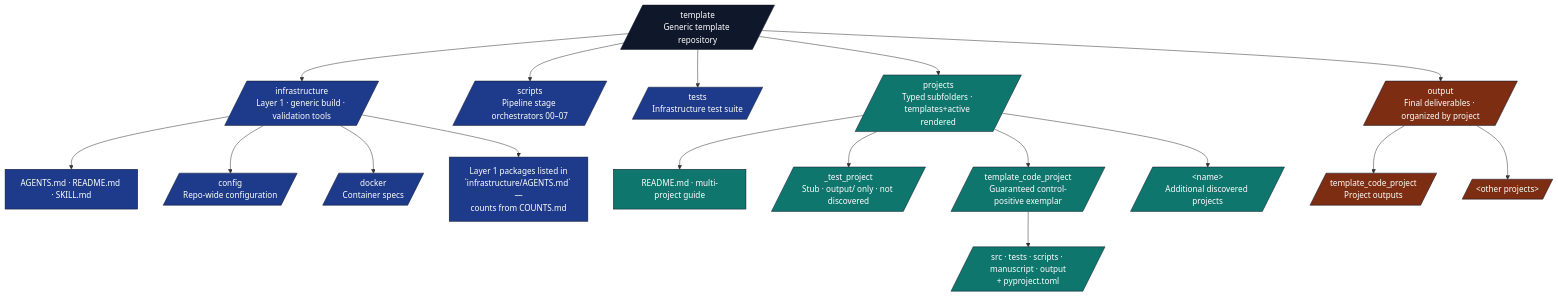
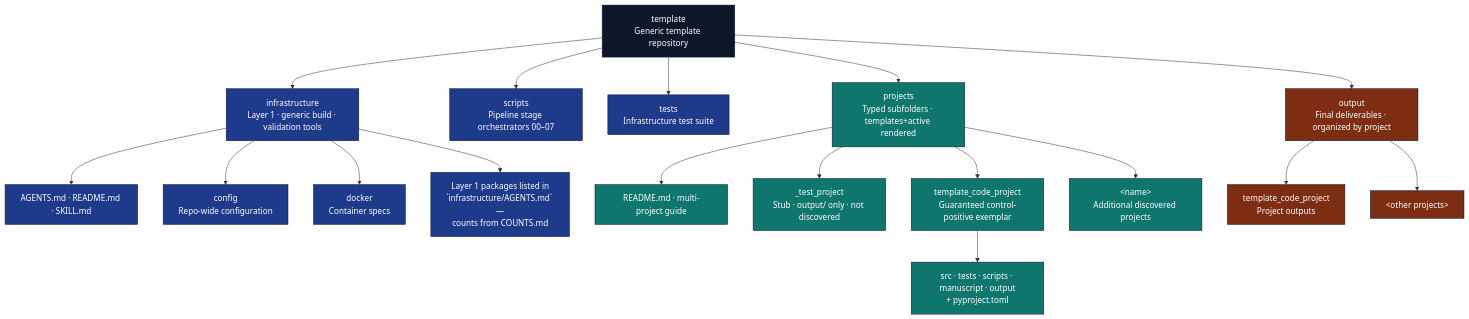
One commit to docxology/template changed the first of 4 diagrams in AGENTS.md. Above: the diagram before and after it, drawn with Mermaid. The commit also changed other lines of this file and 94 other files, not shown here.

First line of the commit message:
refactor(infra): close out thermo-nuclear audit waves F–O

````diff
--- a/AGENTS.md
+++ b/AGENTS.md
@@ -214,34 +214,34 @@
 ```mermaid
 flowchart TB
-    ROOT[/template<br/>Generic template repository/]
+    ROOT[template<br/>Generic template repository]
 
-    ROOT --> INFRA[/infrastructure<br/>Layer 1 · generic build · validation tools/]
-    ROOT --> SCRIPTS[/scripts<br/>Pipeline stage orchestrators 00–07/]
-    ROOT --> TESTS[/tests<br/>Infrastructure test suite/]
-    ROOT --> PROJECTS[/projects<br/>Typed subfolders · templates+active rendered/]
-    ROOT --> OUT[/output<br/>Final deliverables · organized by project/]
+    ROOT --> INFRA[infrastructure<br/>Layer 1 · generic build · validation tools]
+    ROOT --> SCRIPTS[scripts<br/>Pipeline stage orchestrators 00–07]
+    ROOT --> TESTS[tests<br/>Infrastructure test suite]
+    ROOT --> PROJECTS[projects<br/>Typed subfolders · templates+active rendered]
+    ROOT --> OUT[output<br/>Final deliverables · organized by project]
 
     INFRA --> I_DOCS[AGENTS.md · README.md · SKILL.md]
-    INFRA --> I_CONFIG[/config<br/>Repo-wide configuration/]
-    INFRA --> I_DOCKER[/docker<br/>Container specs/]
+    INFRA --> I_CONFIG[config<br/>Repo-wide configuration]
+    INFRA --> I_DOCKER[docker<br/>Container specs]
     INFRA --> I_SUB[Layer 1 packages listed in<br/>`infrastructure/AGENTS.md` —<br/>counts from COUNTS.md]
 
     PROJECTS --> P_README[README.md · multi-project guide]
-    PROJECTS --> P_STUB[/_test_project<br/>Stub · output/ only · not discovered/]
-    PROJECTS --> P_CODE[/template_code_project<br/>Guaranteed control-positive exemplar/]
-    PROJECTS --> P_OTHER[/&lt;name&gt;<br/>Additional discovered projects/]
+    PROJECTS --> P_STUB[_test_project<br/>Stub · output/ only · not discovered]
+    PROJECTS --> P_CODE[template_code_project<br/>Guaranteed control-positive exemplar]
+    PROJECTS --> P_OTHER[&lt;name&gt;<br/>Additional discovered projects]
 
-    P_CODE --> P_C_SRC[/src · tests · scripts · manuscript · output<br/>+ pyproject.toml/]
+    P_CODE --> P_C_SRC[src · tests · scripts · manuscript · output<br/>+ pyproject.toml]
 
-    OUT --> O_CODE[/template_code_project<br/>Project outputs/]
-    OUT --> O_DOTS[/&lt;other projects&gt;/]
+    OUT --> O_CODE[template_code_project<br/>Project outputs]
+    OUT --> O_DOTS[&lt;other projects&gt;]
 
     classDef root fill:#0f172a,stroke:#0f172a,color:#fff
     classDef l1 fill:#1e3a8a,stroke:#0f172a,color:#fff
     classDef l2 fill:#0f766e,stroke:#0f172a,color:#fff
     classDef gen fill:#7c2d12,stroke:#0f172a,color:#fff
     class ROOT root
     class INFRA,SCRIPTS,TESTS,I_CONFIG,I_DOCKER,I_SUB,I_DOCS l1
     class PROJECTS,P_CODE,P_OTHER,P_STUB,P_README,P_C_SRC l2
     class WIP,ARCH,OUT,O_CODE,O_DOTS gen
 ```
````
